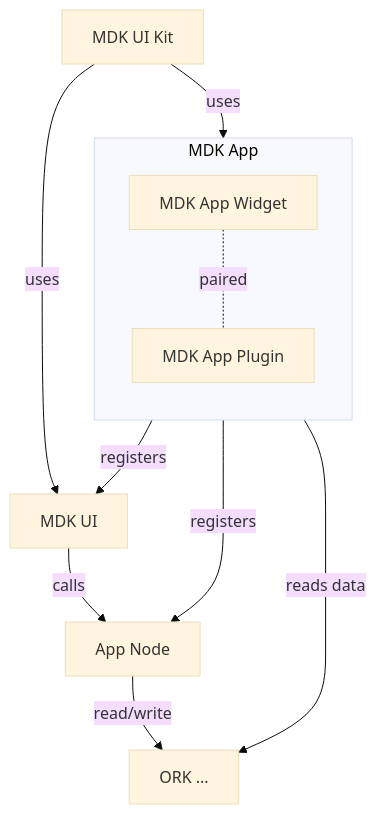
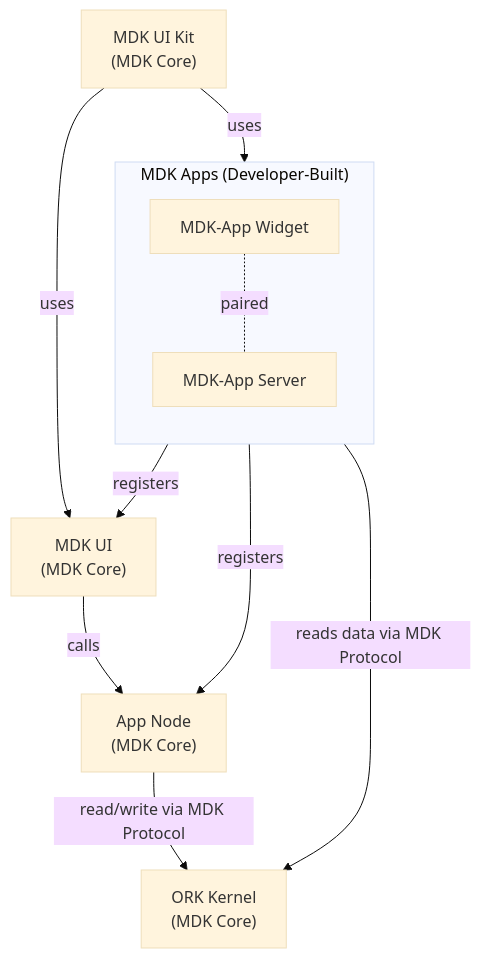
The third of 5 diagrams in docs/hld-mdk-app.md (Gio-Galt/mdk-be), drawn with Mermaid (base theme) before and after one commit. The commit also changed other lines of this file and 1 other file, not shown here.

Commit message:
Updated around MDK App Clarity, and other feedback

````diff
--- a/docs/hld-mdk-app.md
+++ b/docs/hld-mdk-app.md
@@ -33,21 +60,25 @@
 ```mermaid
 flowchart TD
-    UIKIT[MDK UI Kit]
+    UIKIT["MDK UI Kit 
+    (MDK Core)"]
 
-    subgraph MDK App
+    subgraph DEV_SCOPE["MDK Apps (Developer-Built)"]
         direction TB
-        WIDGET[MDK App Widget]
-        PLUGIN[MDK App Plugin]
-        WIDGET -.- |paired| PLUGIN
+        APPWIDGET["MDK-App Widget"]
+        APPSVR["MDK-App Server"]
+        APPWIDGET -.- |paired| APPSVR
     end
 
-    UIKIT -->|uses| WIDGET
-    UIKIT -->|uses| MDKUI[MDK UI]
+    UIKIT -->|uses| APPWIDGET
+    UIKIT -->|uses| MDKUI["MDK UI 
+    (MDK Core)"]
 
-    WIDGET -->|registers| MDKUI
-    MDKUI -->|calls| APPNODE[App Node]
+    APPWIDGET -->|registers| MDKUI
+    MDKUI -->|calls| APPNODE["App Node 
+    (MDK Core)"]
 
-    PLUGIN -->|registers| APPNODE
-    PLUGIN -->|reads data| ORK[ORK ...]
-    APPNODE -->|read/write| ORK
+    APPSVR -->|registers| APPNODE
+    APPSVR -->|reads data via MDK Protocol| ORK["ORK Kernel 
+    (MDK Core)"]
+    APPNODE -->|read/write via MDK Protocol| ORK
 ```
````
